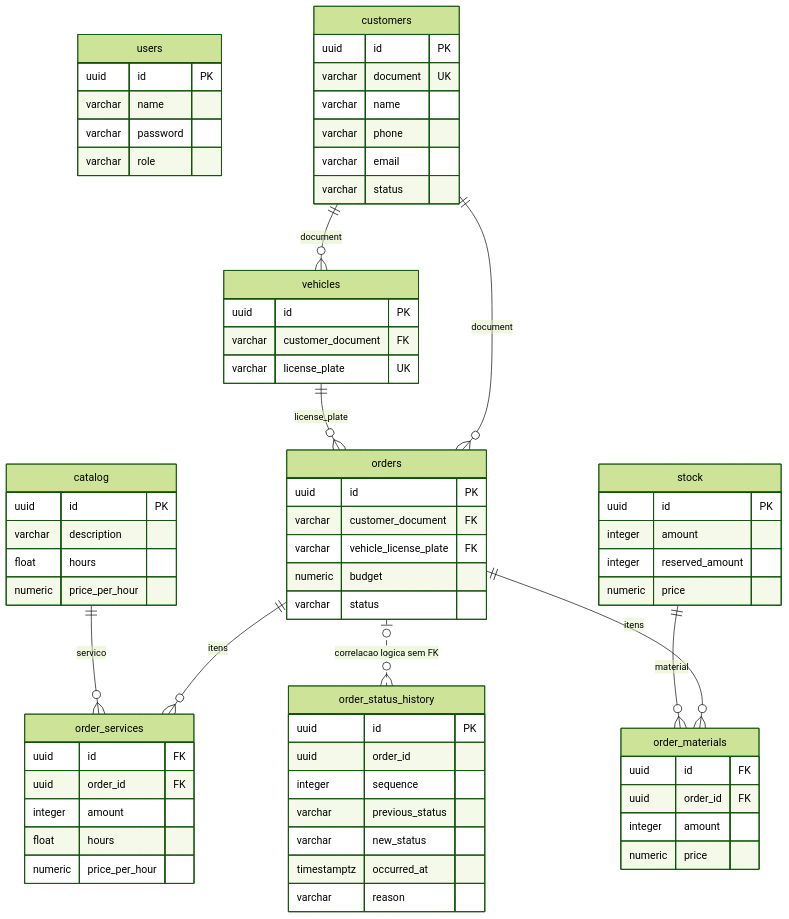
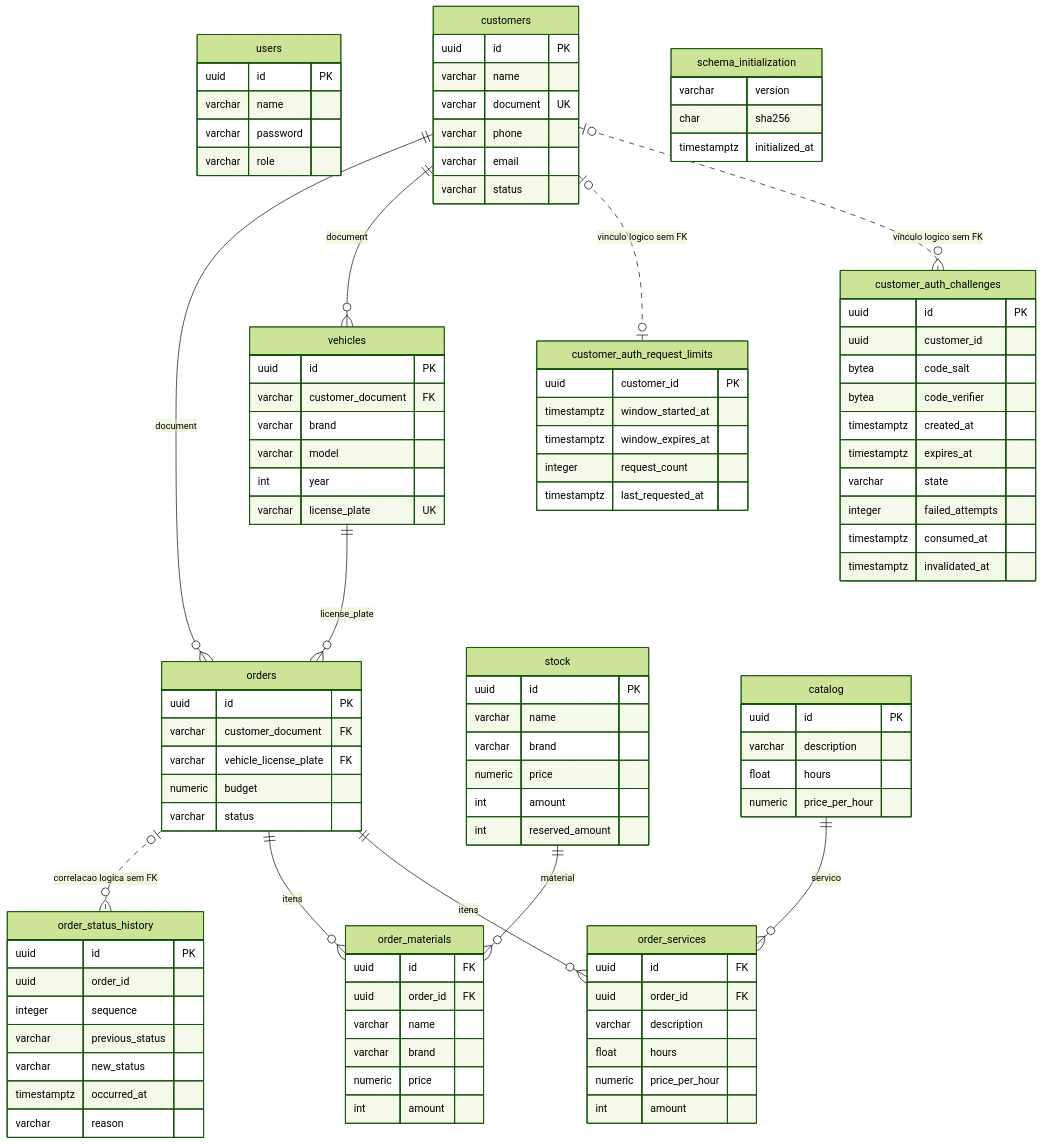
One commit to pknfelps/GerenciamentoMecanicaSistema changed the diagram in docs/arquitetura/diagramas/DADOS.md. Above: the diagram before and after it, drawn with Mermaid (forest theme). The commit also changed other lines of this file and 78 other files, not shown here.

```diff
--- a/docs/arquitetura/diagramas/DADOS.md
+++ b/docs/arquitetura/diagramas/DADOS.md
@@ -12,8 +14,8 @@
     }
     customers {
         uuid id PK
+        varchar name
         varchar document UK
-        varchar name
         varchar phone
         varchar email
         varchar status
@@ -21,6 +23,9 @@
     vehicles {
         uuid id PK
         varchar customer_document FK
+        varchar brand
+        varchar model
+        int year
         varchar license_plate UK
     }
     orders {
@@ -39,31 +44,62 @@
         timestamptz occurred_at
         varchar reason
     }
+    stock {
+        uuid id PK
+        varchar name
+        varchar brand
+        numeric price
+        int amount
+        int reserved_amount
+    }
     catalog {
         uuid id PK
         varchar description
         float hours
         numeric price_per_hour
     }
-    stock {
-        uuid id PK
-        integer amount
-        integer reserved_amount
+    order_materials {
+        uuid id FK
+        uuid order_id FK
+        varchar name
+        varchar brand
         numeric price
+        int amount
     }
     order_services {
         uuid id FK
         uuid order_id FK
-        integer amount
+        varchar description
         float hours
         numeric price_per_hour
+        int amount
     }
-    order_materials {
-        uuid id FK
-        uuid order_id FK
-        integer amount
-        numeric price
+    schema_initialization {
+        varchar version
+        char sha256
+        timestamptz initialized_at
     }
+    customer_auth_challenges {
+        uuid id PK
+        uuid customer_id
+        bytea code_salt
+        bytea code_verifier
+        timestamptz created_at
+        timestamptz expires_at
+        varchar state
+        integer failed_attempts
+        timestamptz consumed_at
+        timestamptz invalidated_at
+    }
+    customer_auth_request_limits {
+        uuid customer_id PK
+        timestamptz window_started_at
+        timestamptz window_expires_at
+        integer request_count
+        timestamptz last_requested_at
+    }
+    customers |o..o{ customer_auth_challenges : "vinculo logico sem FK"
+    customers |o..o| customer_auth_request_limits : "vinculo logico sem FK"
     customers ||--o{ vehicles : document
     customers ||--o{ orders : document
     vehicles ||--o{ orders : license_plate
```
